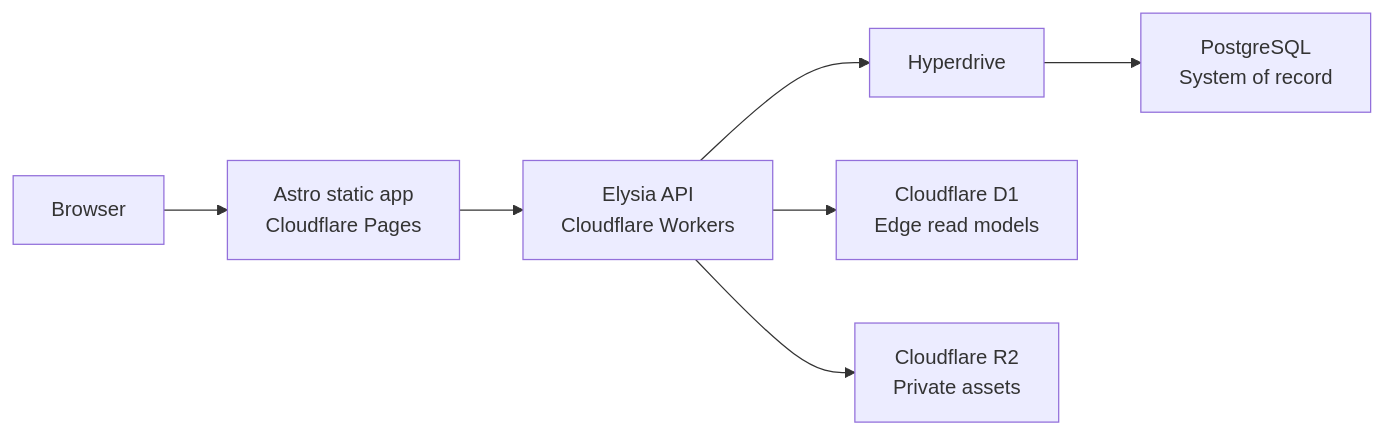
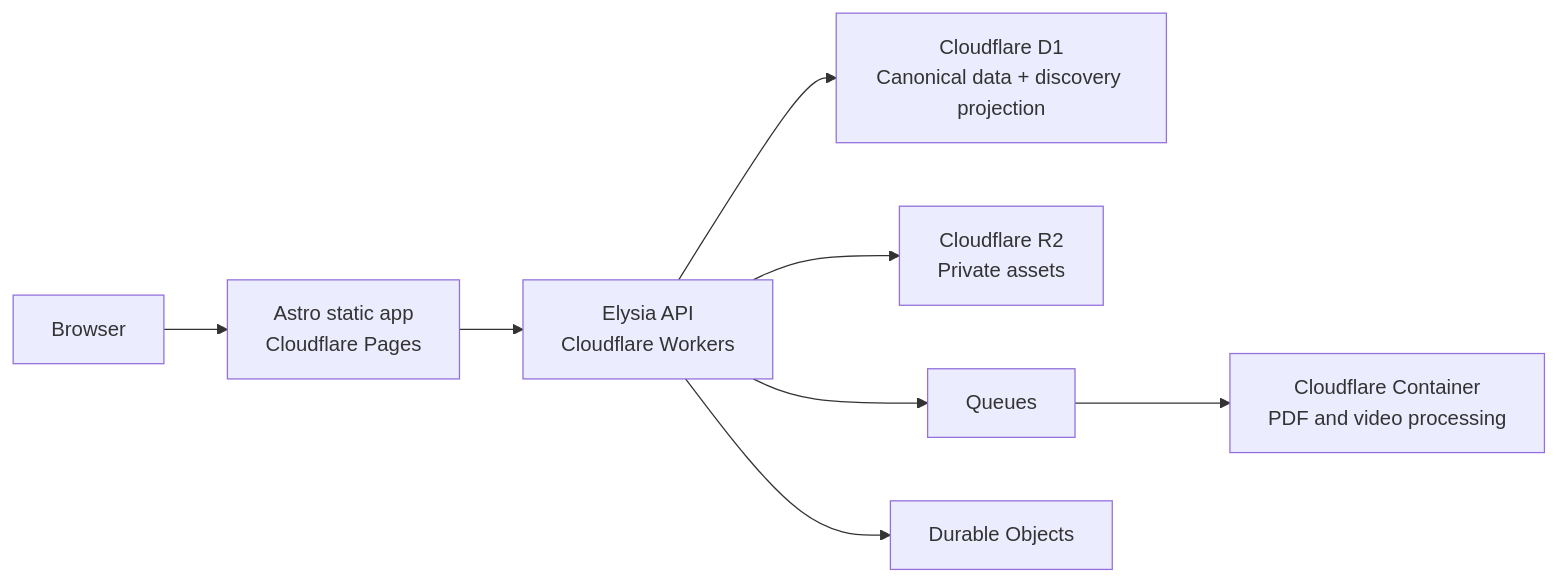
One commit to hyunhomon/scouty changed the diagram in docs/TECH_STACK.md. Above: the diagram before and after it, drawn with Mermaid. The commit also changed other lines of this file and 32 other files, not shown here.

````diff
--- a/docs/TECH_STACK.md
+++ b/docs/TECH_STACK.md
@@ -15,9 +11,10 @@
 ```mermaid
 flowchart LR
     U["Browser"] --> W["Astro static app\nCloudflare Pages"]
     W --> A["Elysia API\nCloudflare Workers"]
-    A --> H["Hyperdrive"]
-    H --> P["PostgreSQL\nSystem of record"]
-    A --> D["Cloudflare D1\nEdge read models"]
+    A --> D["Cloudflare D1\nCanonical data + discovery projection"]
     A --> R["Cloudflare R2\nPrivate assets"]
+    A --> Q["Queues"]
+    A --> O["Durable Objects"]
+    Q --> C["Cloudflare Container\nPDF and video processing"]
 ```
````
